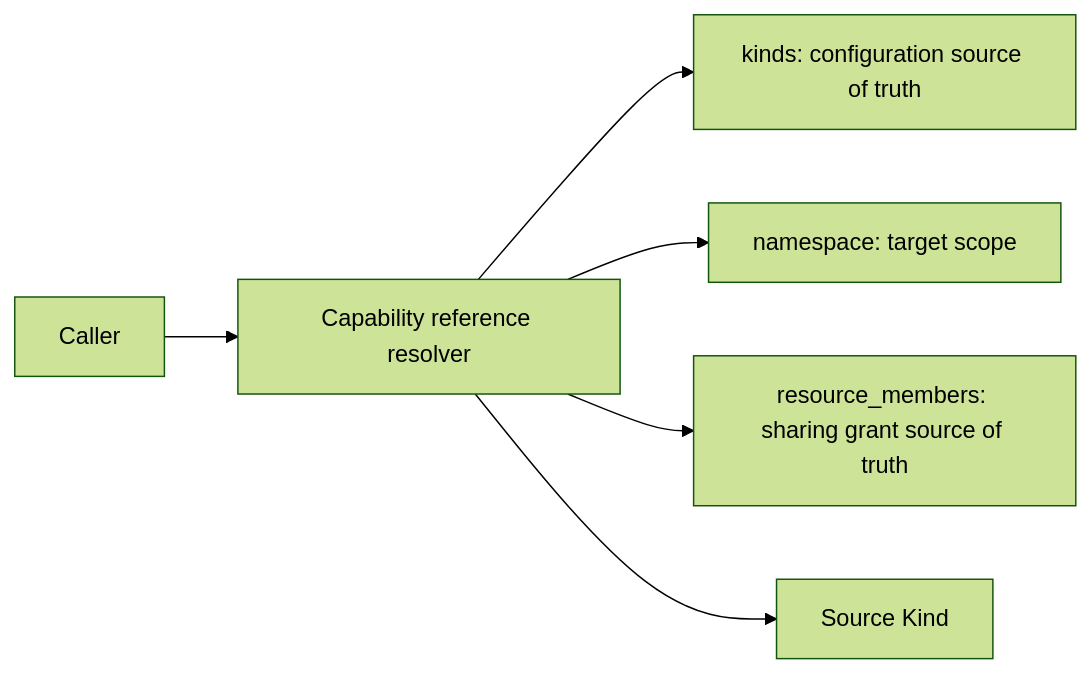
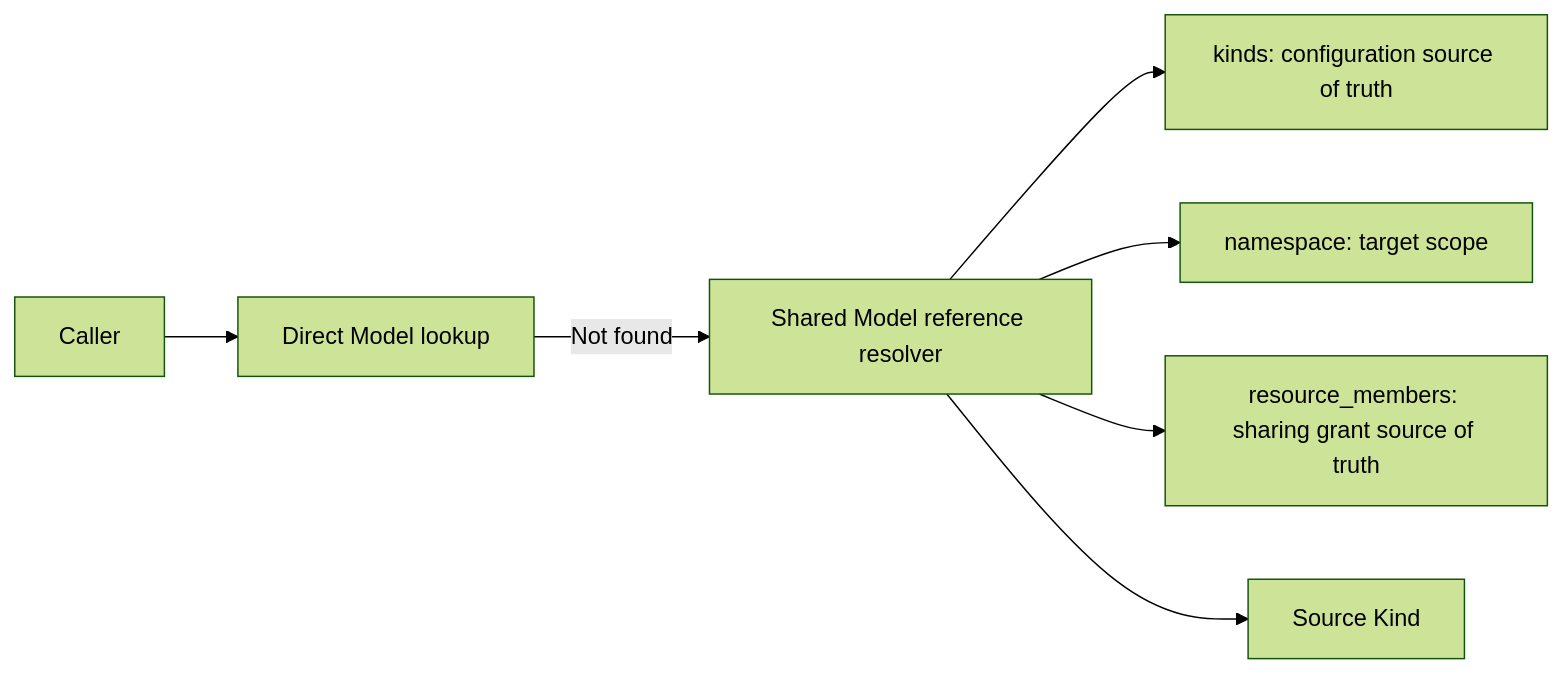
Before and after one commit to wecode-ai/Wegent: the first of 2 diagrams in docs/en/architecture/capability-reference-resolution.md, drawn with Mermaid (forest theme). The commit also changed other lines of this file and 6 other files, not shown here.

````diff
--- a/docs/en/architecture/capability-reference-resolution.md
+++ b/docs/en/architecture/capability-reference-resolution.md
@@ -14,8 +14,9 @@
 ```mermaid
 flowchart LR
-    C["Caller"] --> R["Capability reference resolver"]
+    C["Caller"] --> D["Direct Model lookup"]
+    D -->|Not found| R["Shared Model reference resolver"]
     R --> K["kinds: configuration source of truth"]
     R --> N["namespace: target scope"]
     R --> M["resource_members: sharing grant source of truth"]
     R --> S["Source Kind"]
 ```
````
